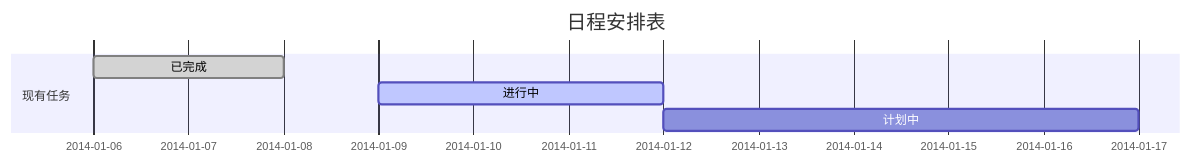
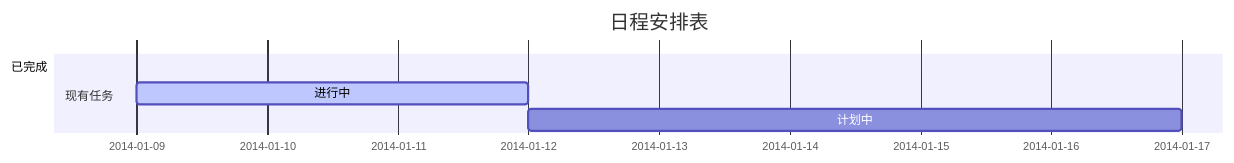
Before and after one commit to gZeyu/note: the diagram in 订餐系统/日程安排表.md, drawn with Mermaid. The commit also changed other lines of this file, not shown here.

Commit message:
订餐系统/日程安排表.md updated from https://stackedit.io/

````diff
--- a/订餐系统/日程安排表.md
+++ b/订餐系统/日程安排表.md
@@ -2,9 +2,9 @@
 ```mermaid
 gantt
         dateFormat  YYYY-MM-DD
         title 日程安排表
         section 现有任务
-        已完成               :done,    des1, 2014-01-06,2014-01-08
+        已完成               :done,    des1, 2019-07-16,2014-01-08
         进行中               :active,  des2, 2014-01-09, 3d
         计划中               :            des3, after des2, 5d
 ```
````
